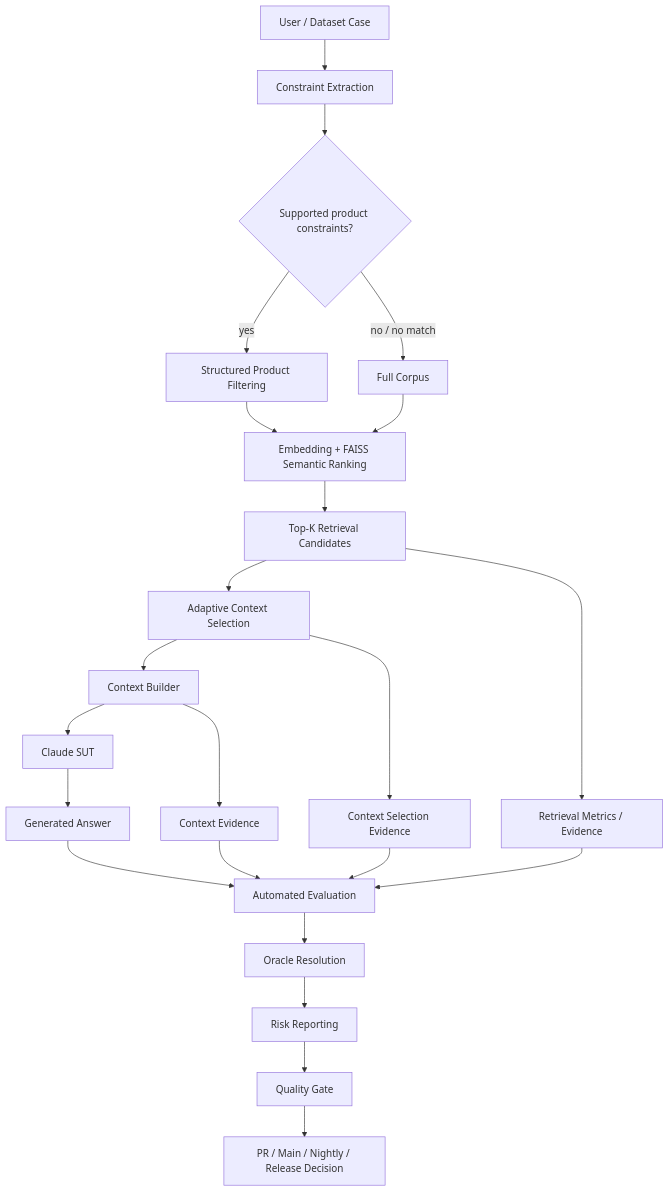
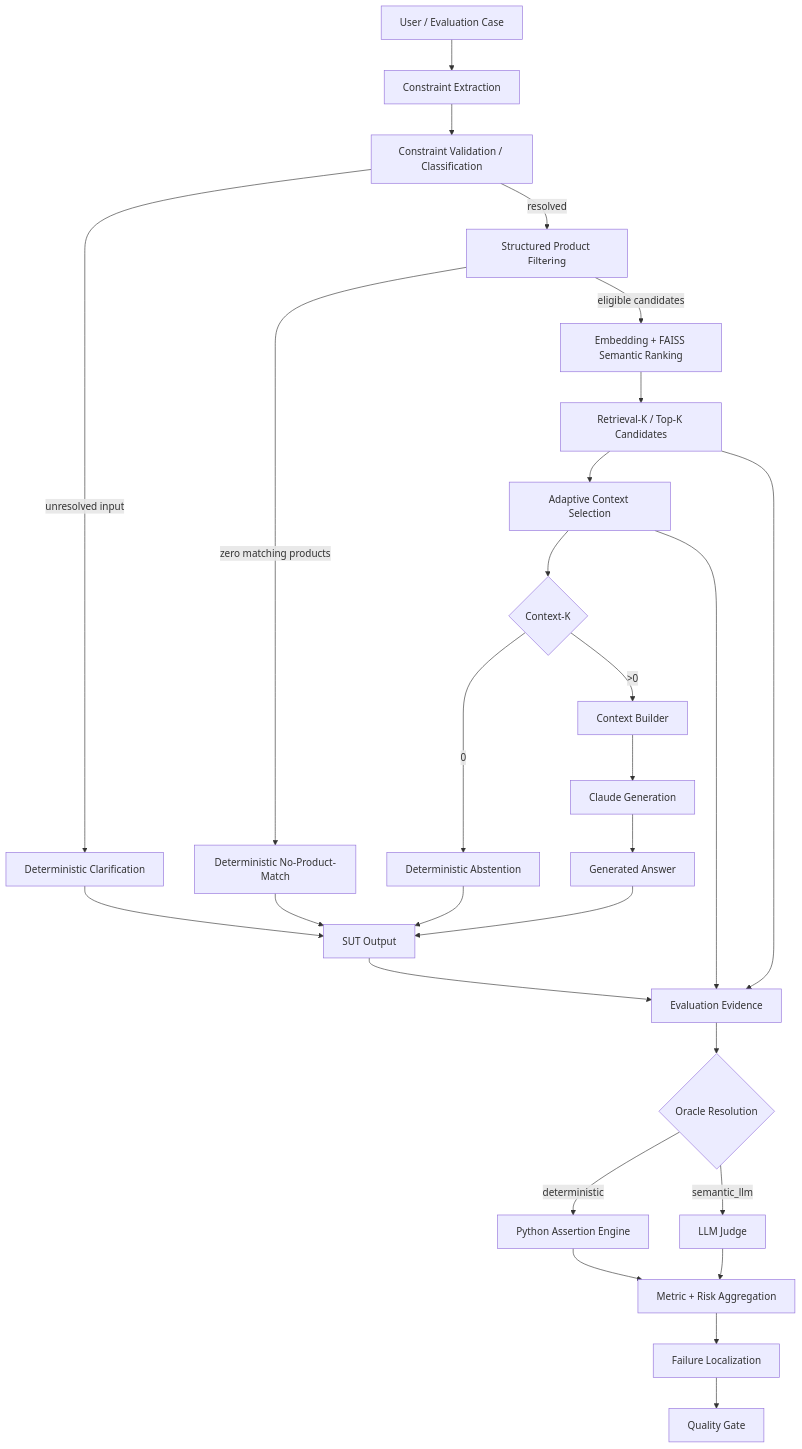
One commit to oleksandrserhieiev-beep/ai-qe-lab changed the diagram in docs/test_strategy.md. Above: the diagram before and after it, drawn with Mermaid. The commit also changed other lines of this file, not shown here.

Commit message:
Refresh test strategy for current architecture and execution model

````diff
--- a/docs/test_strategy.md
+++ b/docs/test_strategy.md
@@ -79,26 +34,35 @@
 ```mermaid
 flowchart TD
-    A[User / Dataset Case] --> B[Constraint Extraction]
-    B --> C{Supported product constraints?}
-    C -->|yes| D[Structured Product Filtering]
-    C -->|no / no match| E[Full Corpus]
-    D --> F[Embedding + FAISS Semantic Ranking]
-    E --> F
-    F --> G[Top-K Retrieval Candidates]
-    G --> H[Adaptive Context Selection]
-    H --> I[Context Builder]
-    I --> J[Claude SUT]
-    J --> K[Generated Answer]
+    U[User / Evaluation Case] --> CE[Constraint Extraction]
+    CE --> CV[Constraint Validation / Classification]
 
-    G --> RM[Retrieval Metrics / Evidence]
-    H --> CS[Context Selection Evidence]
-    I --> CE[Context Evidence]
-    K --> EV[Automated Evaluation]
-    RM --> EV
-    CS --> EV
-    CE --> EV
-    EV --> OR[Oracle Resolution]
-    OR --> RR[Risk Reporting]
-    RR --> QG[Quality Gate]
-    QG --> CI[PR / Main / Nightly / Release Decision]
+    CV -->|unresolved input| CL[Deterministic Clarification]
+    CV -->|resolved| SF[Structured Product Filtering]
+
+    SF -->|zero matching products| NM[Deterministic No-Product-Match]
+    SF -->|eligible candidates| SR[Embedding + FAISS Semantic Ranking]
+    SR --> RK[Retrieval-K / Top-K Candidates]
+    RK --> AS[Adaptive Context Selection]
+    AS --> CK{Context-K}
+
+    CK -->|0| AB[Deterministic Abstention]
+    CK -->|>0| CB[Context Builder]
+    CB --> LLM[Claude Generation]
+    LLM --> ANS[Generated Answer]
+
+    CL --> OUT[SUT Output]
+    NM --> OUT
+    AB --> OUT
+    ANS --> OUT
+
+    OUT --> EV[Evaluation Evidence]
+    RK --> EV
+    AS --> EV
+    EV --> OR{Oracle Resolution}
+    OR -->|deterministic| PY[Python Assertion Engine]
+    OR -->|semantic_llm| J[LLM Judge]
+    PY --> AG[Metric + Risk Aggregation]
+    J --> AG
+    AG --> LOC[Failure Localization]
+    LOC --> G[Quality Gate]
 ```
````
